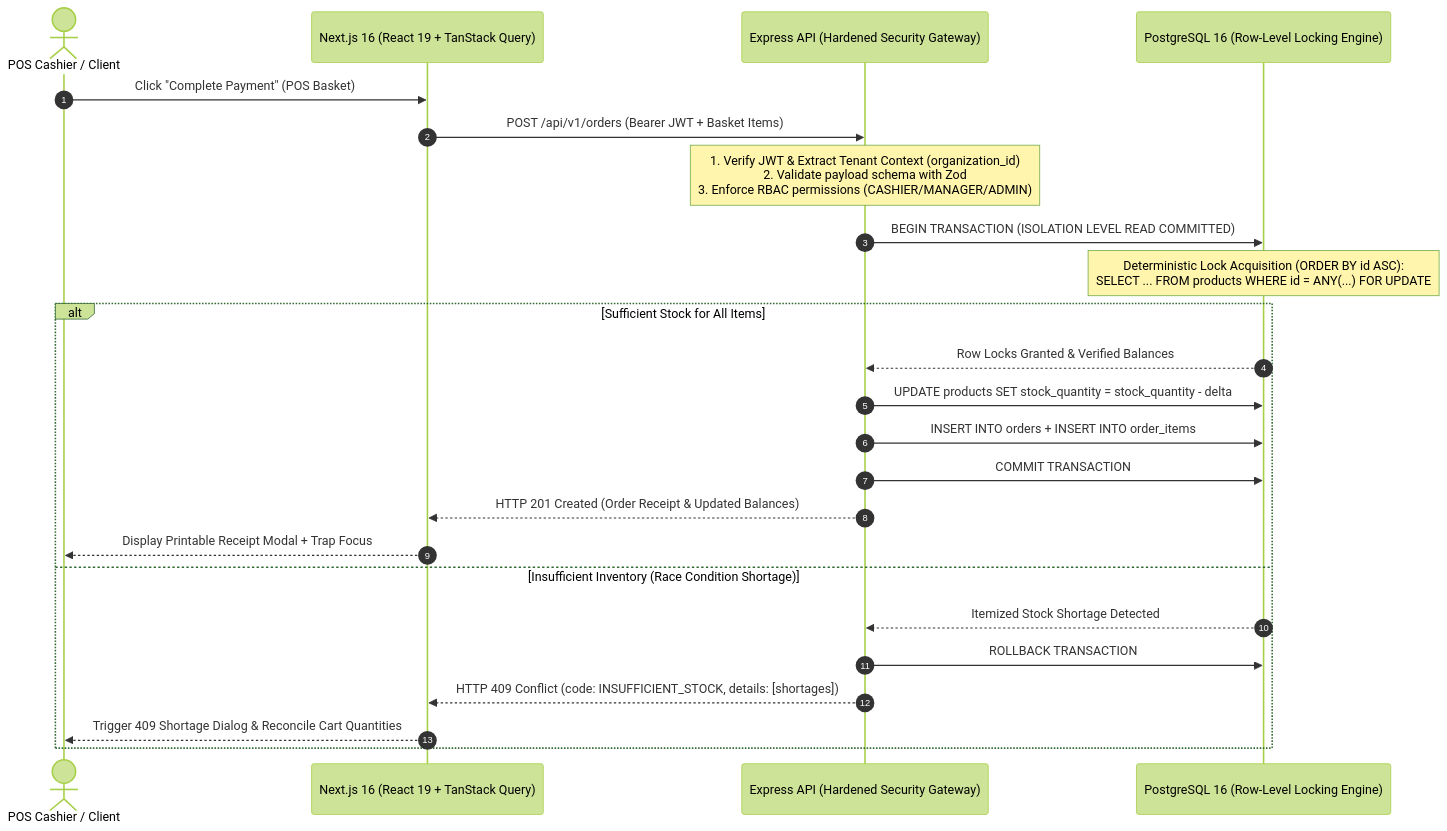
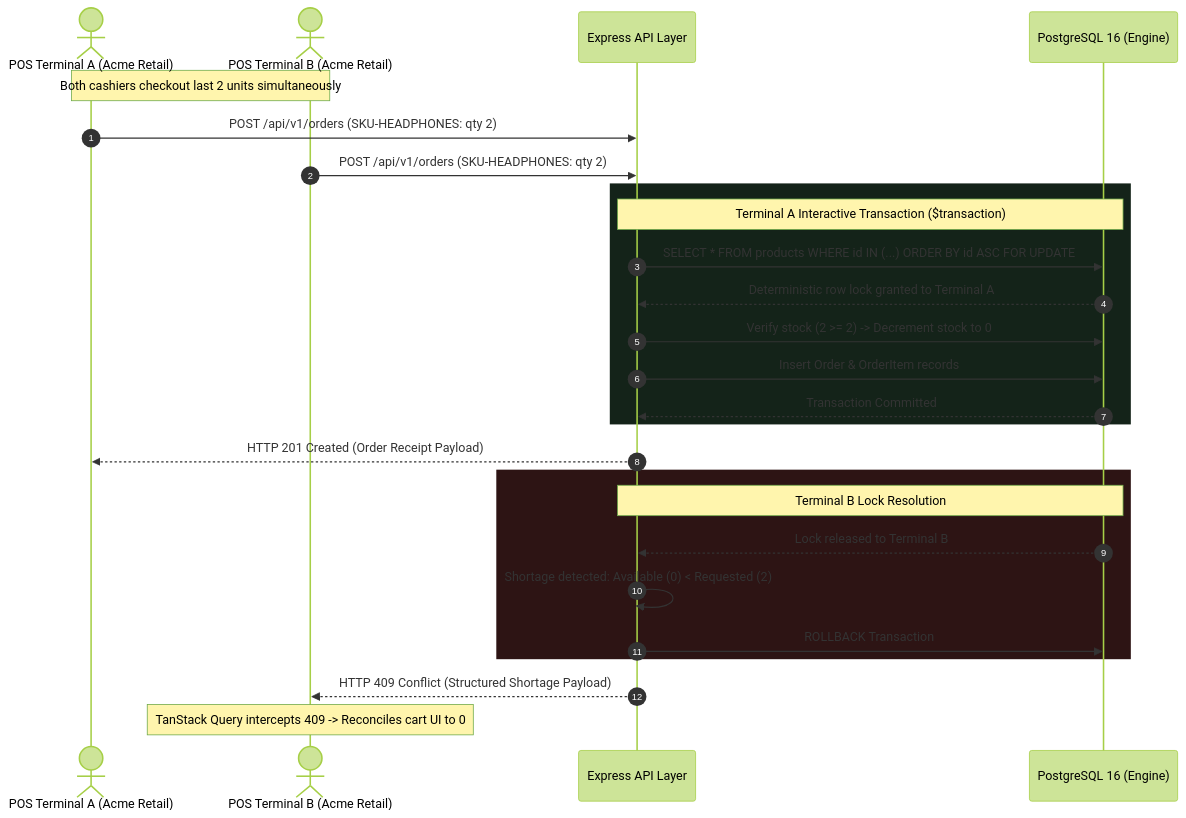
One commit to shatwiks/StockPulse-Multi-Tenant-Inventory-Order-Engine changed the diagram in README.md. Above: the diagram before and after it, drawn with Mermaid (forest theme). The commit also changed other lines of this file, not shown here.

````diff
--- a/README.md
+++ b/README.md
@@ -31,31 +97,34 @@
 ```mermaid
 sequenceDiagram
     autonumber
-    actor Cashier as POS Cashier / Client
-    participant Frontend as Next.js 16 (React 19 + TanStack Query)
-    participant API as Express API (Hardened Security Gateway)
-    participant DB as PostgreSQL 16 (Row-Level Locking Engine)
+    actor TerminalA as POS Terminal A (Acme Retail)
+    actor TerminalB as POS Terminal B (Acme Retail)
+    participant API as Express API Layer
+    participant DB as PostgreSQL 16 (Engine)
 
-    Cashier->>Frontend: Click "Complete Payment" (POS Basket)
-    Frontend->>API: POST /api/v1/orders (Bearer JWT + Basket Items)
-    
-    Note over API: 1. Verify JWT & Extract Tenant Context (organization_id)<br/>2. Validate payload schema with Zod<br/>3. Enforce RBAC permissions (CASHIER/MANAGER/ADMIN)
-    
-    API->>DB: BEGIN TRANSACTION (ISOLATION LEVEL READ COMMITTED)
-    
-    Note over DB: Deterministic Lock Acquisition (ORDER BY id ASC):<br/>SELECT ... FROM products WHERE id = ANY(...) FOR UPDATE
-    
-    alt Sufficient Stock for All Items
-        DB-->>API: Row Locks Granted & Verified Balances
-        API->>DB: UPDATE products SET stock_quantity = stock_quantity - delta
-        API->>DB: INSERT INTO orders + INSERT INTO order_items
-        API->>DB: COMMIT TRANSACTION
-        API-->>Frontend: HTTP 201 Created (Order Receipt & Updated Balances)
-        Frontend-->>Cashier: Display Printable Receipt Modal + Trap Focus
-    else Insufficient Inventory (Race Condition Shortage)
-        DB-->>API: Itemized Stock Shortage Detected
-        API->>DB: ROLLBACK TRANSACTION
-        API-->>Frontend: HTTP 409 Conflict (code: INSUFFICIENT_STOCK, details: [shortages])
-        Frontend-->>Cashier: Trigger 409 Shortage Dialog & Reconcile Cart Quantities
+    Note over TerminalA, TerminalB: Both cashiers checkout last 2 units simultaneously
+    TerminalA->>API: POST /api/v1/orders (SKU-HEADPHONES: qty 2)
+    TerminalB->>API: POST /api/v1/orders (SKU-HEADPHONES: qty 2)
+
+    rect rgb(20, 35, 25)
+    Note over API, DB: Terminal A Interactive Transaction ($transaction)
+    API->>DB: SELECT * FROM products WHERE id IN (...) ORDER BY id ASC FOR UPDATE
+    DB-->>API: Deterministic row lock granted to Terminal A
+    API->>DB: Verify stock (2 >= 2) -> Decrement stock to 0
+    API->>DB: Insert Order & OrderItem records
+    DB-->>API: Transaction Committed
     end
+
+    API-->>TerminalA: HTTP 201 Created (Order Receipt Payload)
+
+    rect rgb(45, 20, 20)
+    Note over API, DB: Terminal B Lock Resolution
+    DB-->>API: Lock released to Terminal B
+    API->>API: Shortage detected: Available (0) < Requested (2)
+    API->>DB: ROLLBACK Transaction
+    end
+
+    API-->>TerminalB: HTTP 409 Conflict (Structured Shortage Payload)
+    Note over TerminalB: TanStack Query intercepts 409 -> Reconciles cart UI to 0
+
 ```
````
